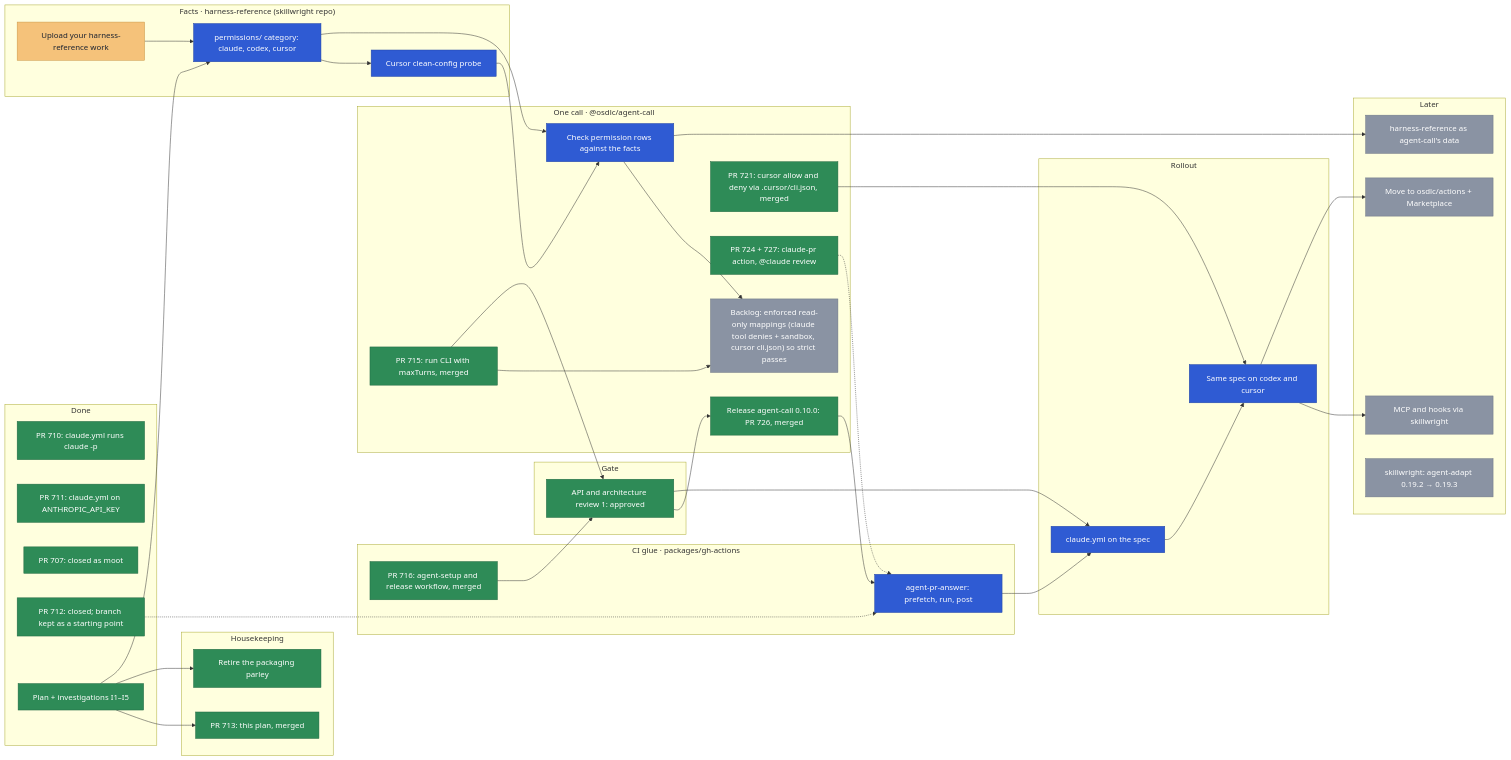
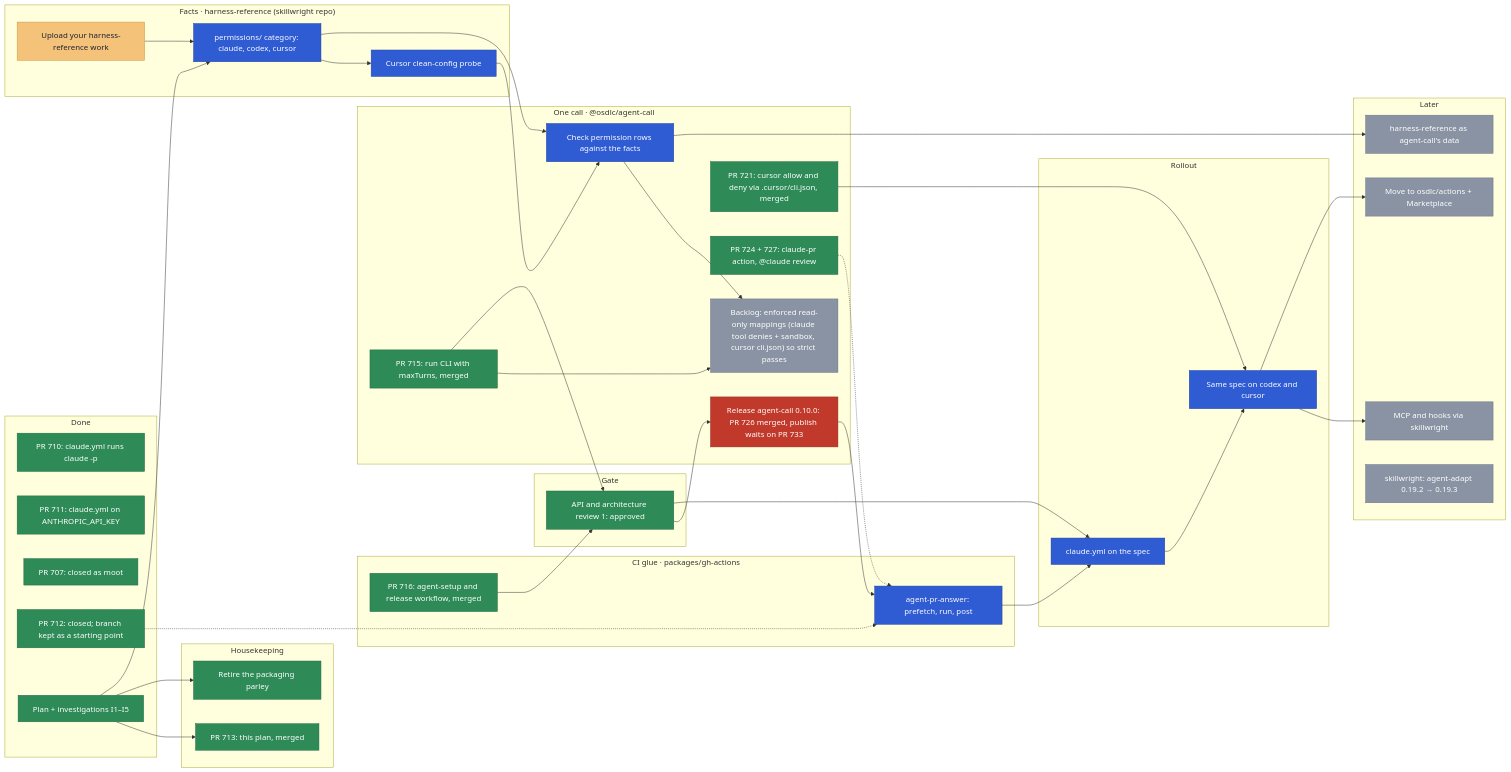
One commit to osdlc/osdlc changed the diagram in docs/planning/agent-ci.md. Above: the diagram before and after it, drawn with Mermaid. The commit also changed other lines of this file, not shown here.

Commit message:
docs(planning): agent-call publish waits on release PR 733

````diff
--- a/docs/planning/agent-ci.md
+++ b/docs/planning/agent-ci.md
@@ -60,7 +60,7 @@
     STRICT["Backlog: enforced read-only mappings (claude tool denies + sandbox, cursor cli.json) so strict passes"]
     CUR["PR 721: cursor allow and deny via .cursor/cli.json, merged"]
     REV["PR 724 + 727: claude-pr action, @claude review"]
-    REL["Release agent-call 0.10.0: PR 726, merged"]
+    REL["Release agent-call 0.10.0: PR 726 merged, publish waits on PR 733"]
   end
   subgraph gate["Gate"]
     ARCH["API and architecture review 1: approved"]
@@ -117,7 +117,7 @@
   class SETUP done
   class REV done
   class PERM,PROBE,CHECK,ANS,SPEC,MULTI next
-  class REL done
+  class REL blocked
   class CUR done
   class MCP,PUB,DATA,PIN,STRICT later
 ```
````
